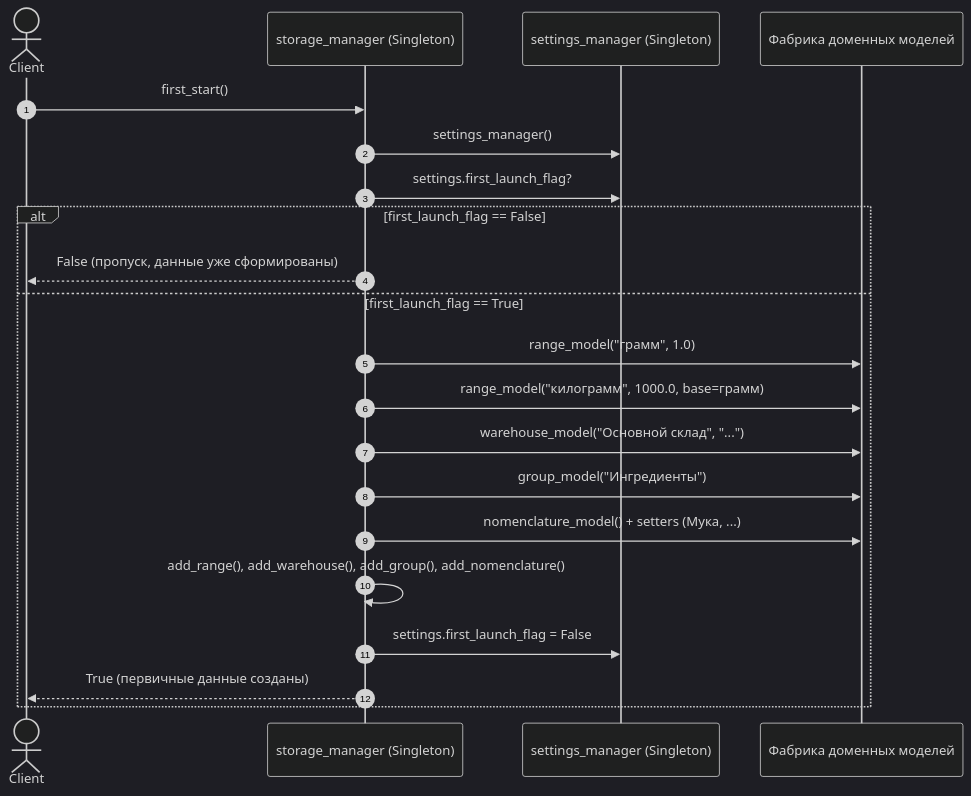
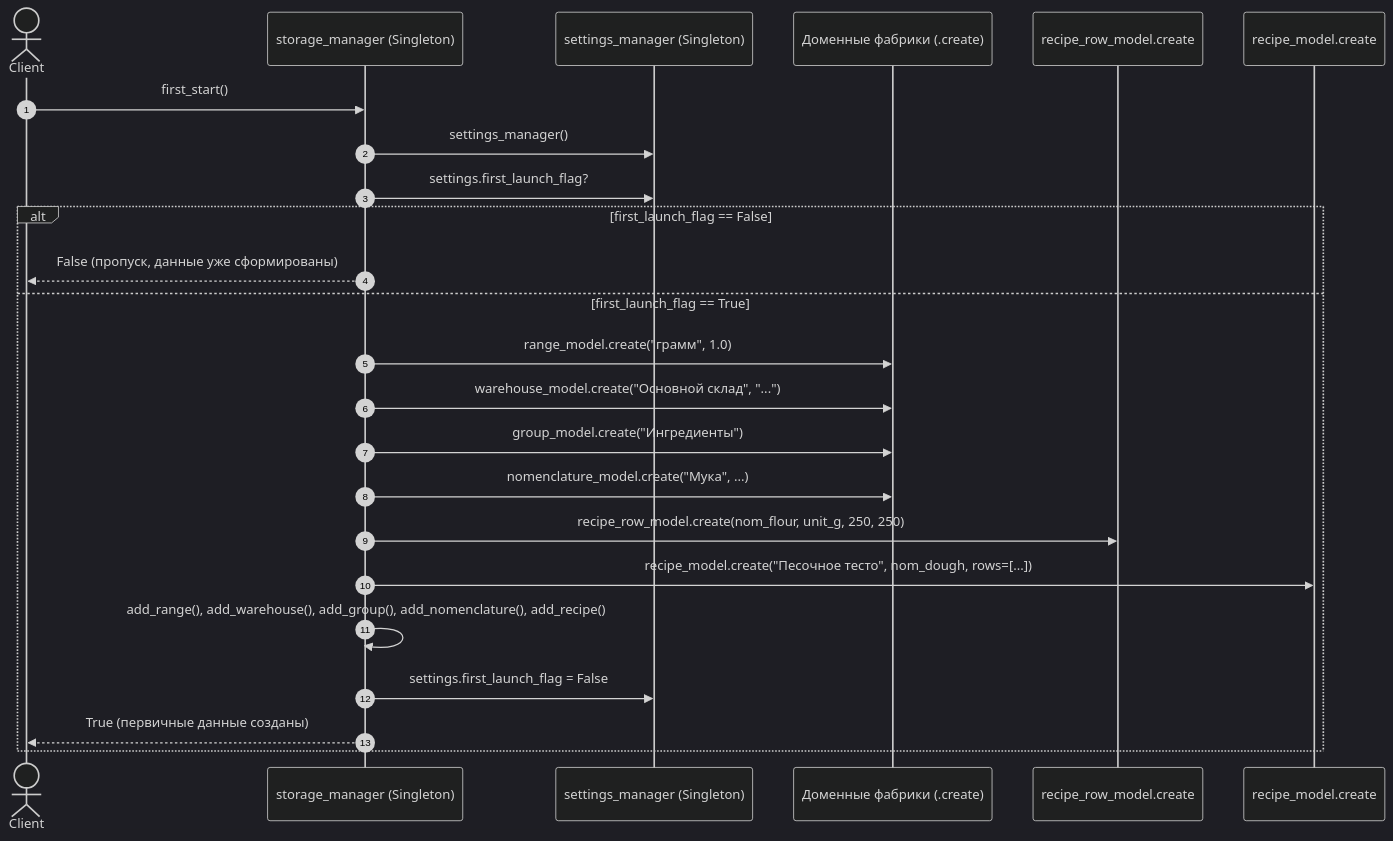
One commit to Hikaru-Hrn/Patterns2026_YM changed the third of 3 diagrams in _docs/UML_diagrams.md. Above: the diagram before and after it, drawn with Mermaid (dark theme). The commit also changed other lines of this file, not shown here.

Commit message:
updated UML

````diff
--- a/_docs/UML_diagrams.md
+++ b/_docs/UML_diagrams.md
@@ -215,24 +267,27 @@
 ```mermaid
 sequenceDiagram
     autonumber
     actor Client
     participant Store as storage_manager (Singleton)
     participant Sett as settings_manager (Singleton)
-    participant Models as Фабрика доменных моделей
+    participant Factory as Доменные фабрики (.create)
+    participant RowFactory as recipe_row_model.create
+    participant RecipeFactory as recipe_model.create
 
     Client->>Store: first_start()
     Store->>Sett: settings_manager()
     Store->>Sett: settings.first_launch_flag?
     alt first_launch_flag == False
         Store-->>Client: False (пропуск, данные уже сформированы)
     else first_launch_flag == True
-        Store->>Models: range_model("грамм", 1.0)
-        Store->>Models: range_model("килограмм", 1000.0, base=грамм)
-        Store->>Models: warehouse_model("Основной склад", "...")
-        Store->>Models: group_model("Ингредиенты")
-        Store->>Models: nomenclature_model() + setters (Мука, ...)
-        Store->>Store: add_range(), add_warehouse(), add_group(), add_nomenclature()
+        Store->>Factory: range_model.create("грамм", 1.0)
+        Store->>Factory: warehouse_model.create("Основной склад", "...")
+        Store->>Factory: group_model.create("Ингредиенты")
+        Store->>Factory: nomenclature_model.create("Мука", ...)
+        Store->>RowFactory: recipe_row_model.create(nom_flour, unit_g, 250, 250)
+        Store->>RecipeFactory: recipe_model.create("Песочное тесто", nom_dough, rows=[...])
+        Store->>Store: add_range(), add_warehouse(), add_group(), add_nomenclature(), add_recipe()
         Store->>Sett: settings.first_launch_flag = False
         Store-->>Client: True (первичные данные созданы)
     end
 ```
````
